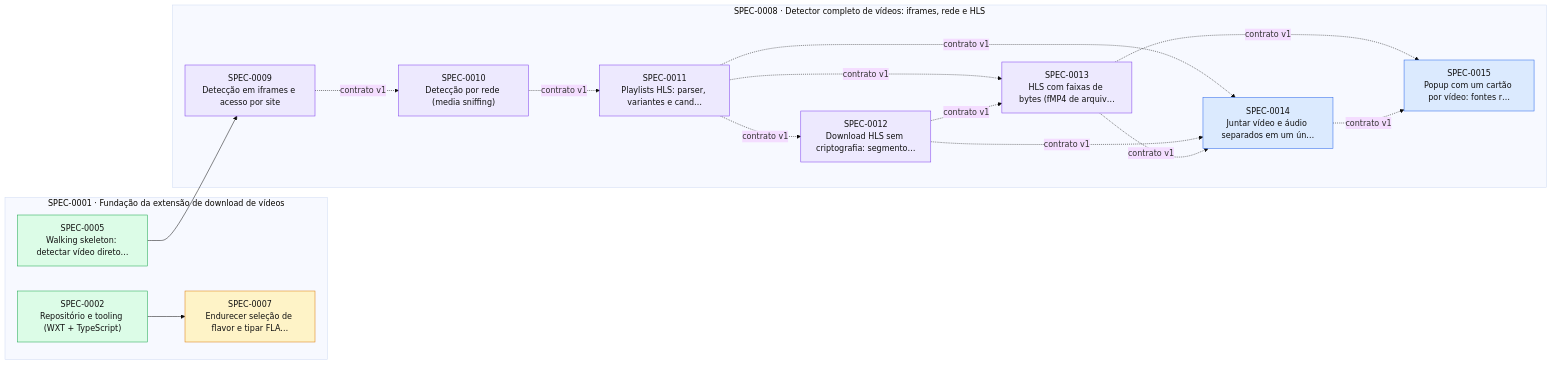
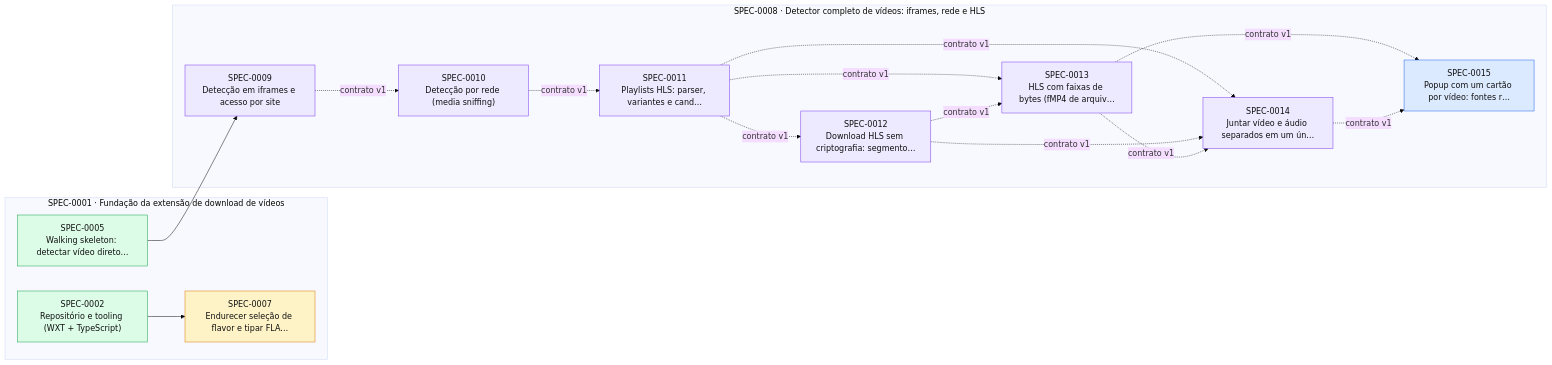
The diagram in docs/specs/INDEX.md (thomasravache/video-downloader), drawn with Mermaid (base theme) before and after one commit. The commit also changed other lines of this file and 3 other files, not shown here.

````diff
--- a/docs/specs/INDEX.md
+++ b/docs/specs/INDEX.md
@@ -66,34 +66,34 @@
 ```mermaid
 flowchart LR
   subgraph E0001["SPEC-0001 · Fundação da extensão de download de vídeos"]
     S0002["SPEC-0002<br/>Repositório e tooling (WXT + TypeScript)"]:::implemented
     S0005["SPEC-0005<br/>Walking skeleton: detectar vídeo direto…"]:::implemented
     S0007["SPEC-0007<br/>Endurecer seleção de flavor e tipar FLA…"]:::proposed
   end
   subgraph E0008["SPEC-0008 · Detector completo de vídeos: iframes, rede e HLS"]
     S0009["SPEC-0009<br/>Detecção em iframes e acesso por site"]:::inprogress
     S0010["SPEC-0010<br/>Detecção por rede (media sniffing)"]:::inprogress
     S0011["SPEC-0011<br/>Playlists HLS: parser, variantes e cand…"]:::inprogress
     S0012["SPEC-0012<br/>Download HLS sem criptografia: segmento…"]:::inprogress
     S0013["SPEC-0013<br/>HLS com faixas de bytes (fMP4 de arquiv…"]:::inprogress
-    S0014["SPEC-0014<br/>Juntar vídeo e áudio separados em um ún…"]:::approved
+    S0014["SPEC-0014<br/>Juntar vídeo e áudio separados em um ún…"]:::inprogress
     S0015["SPEC-0015<br/>Popup com um cartão por vídeo: fontes r…"]:::approved
   end
   S0002 --> S0007
   S0005 --> S0009
   S0009 -. contrato v1 .-> S0010
   S0010 -. contrato v1 .-> S0011
   S0011 -. contrato v1 .-> S0012
   S0011 -. contrato v1 .-> S0013
   S0012 -. contrato v1 .-> S0013
   S0011 -. contrato v1 .-> S0014
   S0012 -. contrato v1 .-> S0014
   S0013 -. contrato v1 .-> S0014
   S0013 -. contrato v1 .-> S0015
   S0014 -. contrato v1 .-> S0015
   classDef proposed fill:#fef3c7,stroke:#d97706,color:#111
   classDef approved fill:#dbeafe,stroke:#2563eb,color:#111
   classDef inprogress fill:#ede9fe,stroke:#7c3aed,color:#111
   classDef implemented fill:#dcfce7,stroke:#16a34a,color:#111
   classDef deprecated fill:#f3f4f6,stroke:#9ca3af,color:#6b7280
 ```
````
